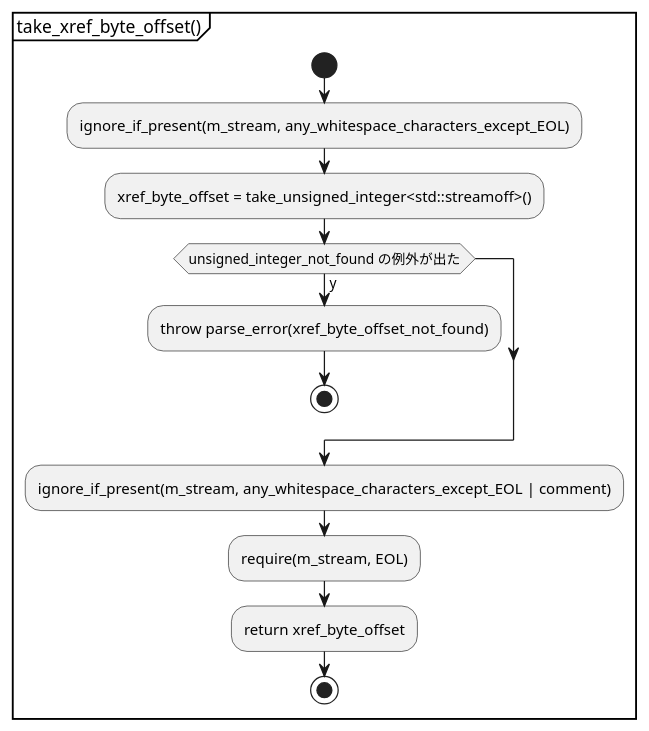
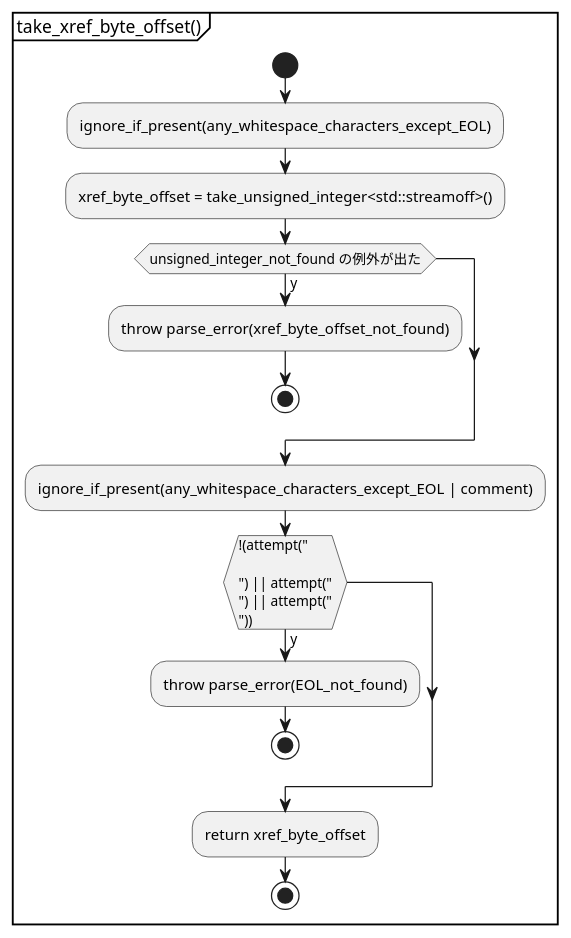
Before and after one commit to KodaiYM/PDFReader: the seventh of 16 diagrams in document/stream_parser.activity.pu, drawn with PlantUML. The commit also changed other lines of this file and 4 other files, not shown here.

```diff
--- a/document/stream_parser.activity.pu
+++ b/document/stream_parser.activity.pu
@@ -77,15 +123,20 @@
 @startuml take_xref_byte_offset
 partition "take_xref_byte_offset()" {
 start
-	:ignore_if_present(m_stream, any_whitespace_characters_except_EOL);
+	:ignore_if_present(any_whitespace_characters_except_EOL);
 	:xref_byte_offset = take_unsigned_integer<std::streamoff>();
 	if (unsigned_integer_not_found の例外が出た) then (y)
 		:throw parse_error(xref_byte_offset_not_found);
 		stop
 	endif
-	:ignore_if_present(m_stream, any_whitespace_characters_except_EOL | comment);
-	:require(m_stream, EOL);
+	:ignore_if_present(any_whitespace_characters_except_EOL | comment);
+
+	if (!(attempt("\r\n") || attempt("\n") || attempt("\r"))) then (y)
+		:throw parse_error(EOL_not_found);
+		stop
+	endif
+
 	:return xref_byte_offset;
 stop
 }
 @enduml
```
